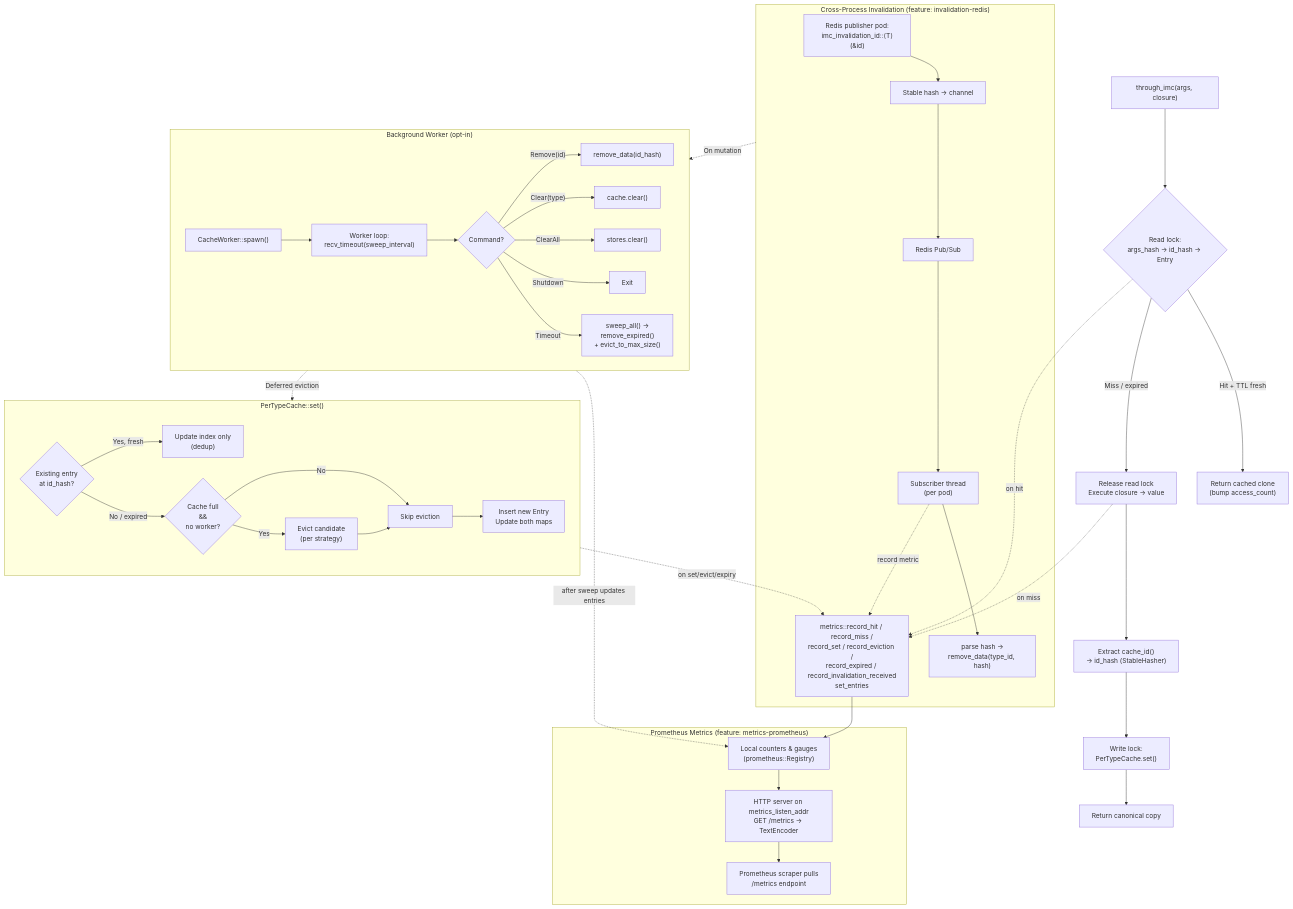
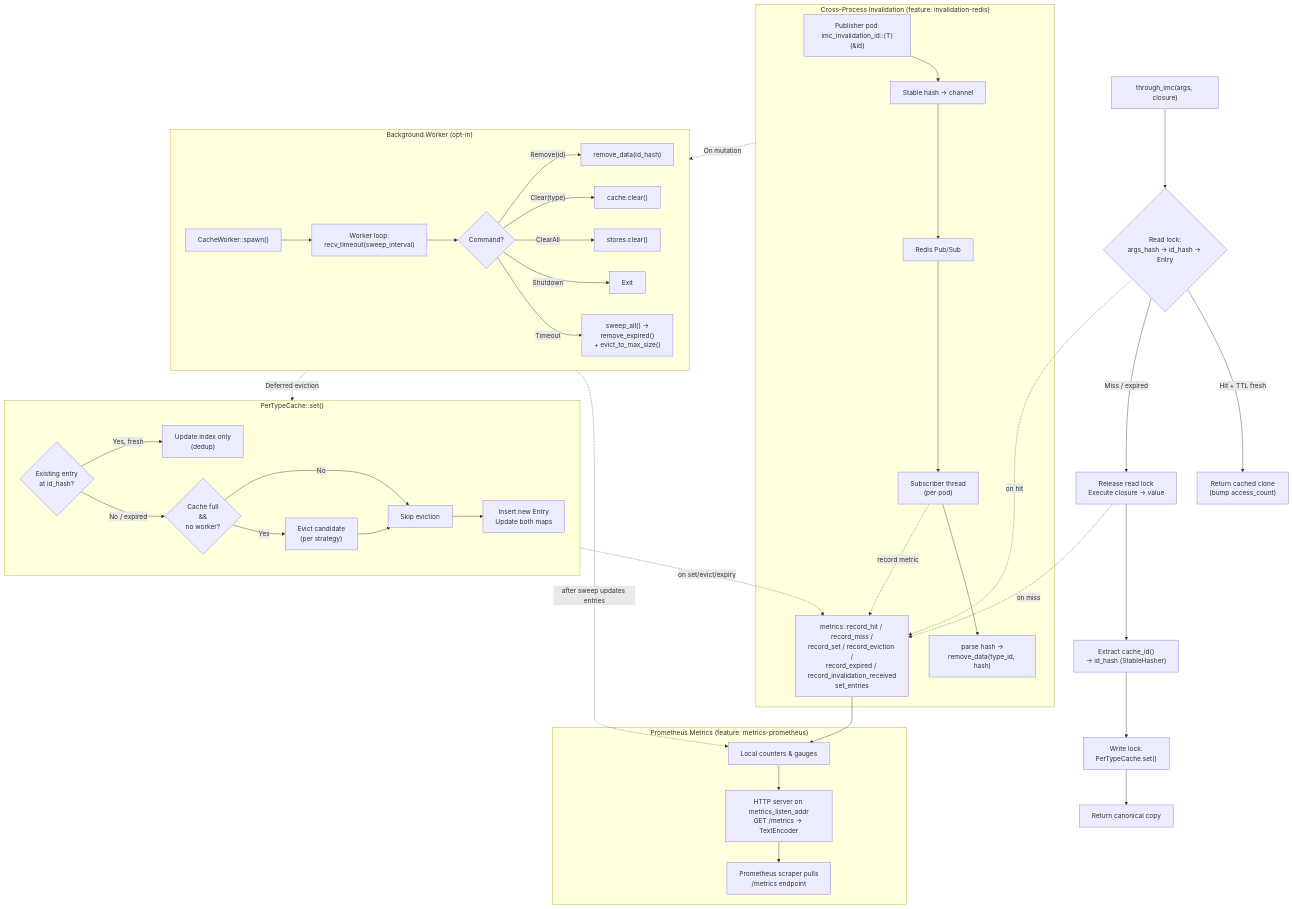
Before and after one commit to gaurav1704/rust-imc: the diagram in README.md, drawn with Mermaid. The commit also changed other lines of this file, not shown here.

````diff
--- a/README.md
+++ b/README.md
@@ -93,51 +453,50 @@
 ```mermaid
 flowchart TD
     A["through_imc(args, closure)"] --> B{"Read lock:<br/>args_hash → id_hash → Entry"}
     B -->|"Hit + TTL fresh"| C["Return cached clone<br/>(bump access_count)"]
     B -->|"Miss / expired"| D["Release read lock<br/>Execute closure → value"]
     D --> E["Extract cache_id()<br/>→ id_hash (StableHasher)"]
     E --> F["Write lock:<br/>PerTypeCache.set()"]
 
     subgraph G["PerTypeCache::set()"]
         H{"Existing entry<br/>at id_hash?"} -->|"Yes, fresh"| I["Update index only<br/>(dedup)"]
         H -->|"No / expired"| J{"Cache full<br/>&&<br/>no worker?"}
         J -->|"Yes"| K["Evict candidate<br/>(per strategy)"]
         J -->|"No"| L["Skip eviction"]
         K --> L
         L --> M["Insert new Entry<br/>Update both maps"]
     end
 
     F --> N["Return canonical copy"]
 
     subgraph O["Background Worker (opt-in)"]
         P["CacheWorker::spawn()"] --> Q["Worker loop:<br/>recv_timeout(sweep_interval)"]
         Q --> R{"Command?"}
         R -->|"Remove(id)"| S["remove_data(id_hash)"]
         R -->|"Clear(type)"| T["cache.clear()"]
         R -->|"ClearAll"| U["stores.clear()"]
         R -->|"Shutdown"| V["Exit"]
         R -->|"Timeout"| W["sweep_all() →<br/>remove_expired()<br/>+ evict_to_max_size()"]
     end
 
     subgraph X["Cross-Process Invalidation (feature: invalidation-redis)"]
-        Y["Redis publisher pod:<br/>imc_invalidation_id::⟨T⟩(&id)"] --> Z["Stable hash → channel"]
+        Y["Publisher pod:<br/>imc_invalidation_id::⟨T⟩(&id)"] --> Z["Stable hash → channel"]
         Z --> AA["Redis Pub/Sub"]
         AA --> AB["Subscriber thread<br/>(per pod)"]
         AB --> AC["parse hash →<br/>remove_data(type_id, hash)"]
         AB -.->|"record metric"| PE
     end
 
     subgraph PD["Prometheus Metrics (feature: metrics-prometheus)"]
-        PE["metrics::record_hit / record_miss /<br/>record_set / record_eviction /<br/>record_expired / record_invalidation_received<br/>set_entries"] --> PF["Local counters & gauges<br/>(prometheus::Registry)"]
+        PE["metrics::record_hit / record_miss /<br/>record_set / record_eviction /<br/>record_expired / record_invalidation_received<br/>set_entries"] --> PF["Local counters & gauges"]
         PF --> PG["HTTP server on metrics_listen_addr<br/>GET /metrics → TextEncoder"]
         PG --> PH["Prometheus scraper pulls<br/> /metrics endpoint"]
     end
 
     B -.->|"on hit"| PE
     D -.->|"on miss"| PE
     G -.->|"on set/evict/expiry"| PE
     O -.->|"after sweep updates entries"| PF
-
     O -.->|"Deferred eviction"| G
     X -.->|"On mutation"| O
 ```
````
